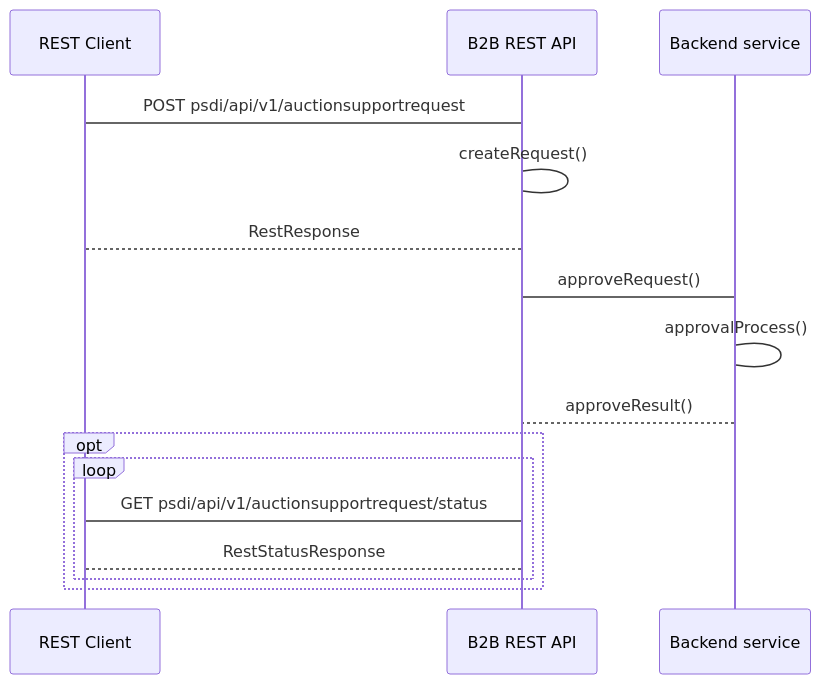
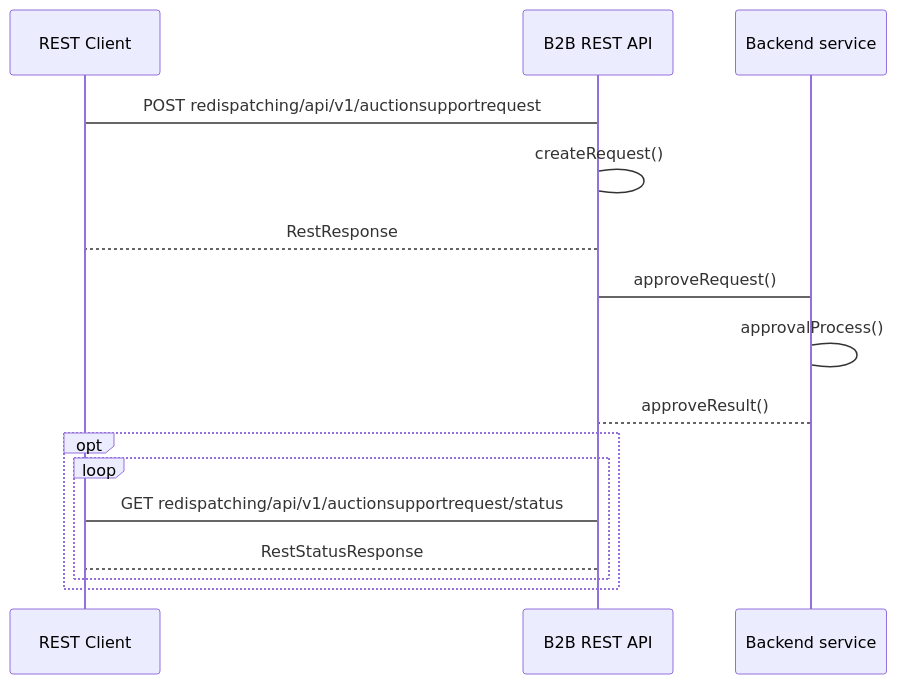
Before and after one commit to Polskie-Sieci-Elektroenergetyczne/redispatching-api: the second of 2 diagrams in docs/komunikat informacji o chęci skorzystania z aukcyjnego systemu wsparcia.md, drawn with Mermaid. The commit also changed other lines of this file and 7 other files, not shown here.

````diff
--- a/docs/komunikat informacji o chęci skorzystania z aukcyjnego systemu wsparcia.md
+++ b/docs/komunikat informacji o chęci skorzystania z aukcyjnego systemu wsparcia.md
@@ -76,18 +76,18 @@
 ```mermaid
 sequenceDiagram
     participant REST Client
     participant B2B REST API
     participant Backend service
-    REST Client->B2B REST API: POST psdi/api/v1/auctionsupportrequest
+    REST Client->B2B REST API: POST redispatching/api/v1/auctionsupportrequest
     B2B REST API->B2B REST API: createRequest()
     B2B REST API-->REST Client: RestResponse
     B2B REST API->Backend service: approveRequest()
     Backend service->Backend service: approvalProcess()
     Backend service-->B2B REST API: approveResult()        
     opt
       loop  
-        REST Client->B2B REST API: GET psdi/api/v1/auctionsupportrequest/status
+        REST Client->B2B REST API: GET redispatching/api/v1/auctionsupportrequest/status
         B2B REST API-->REST Client: RestStatusResponse
       end
     end  
 ```
````
